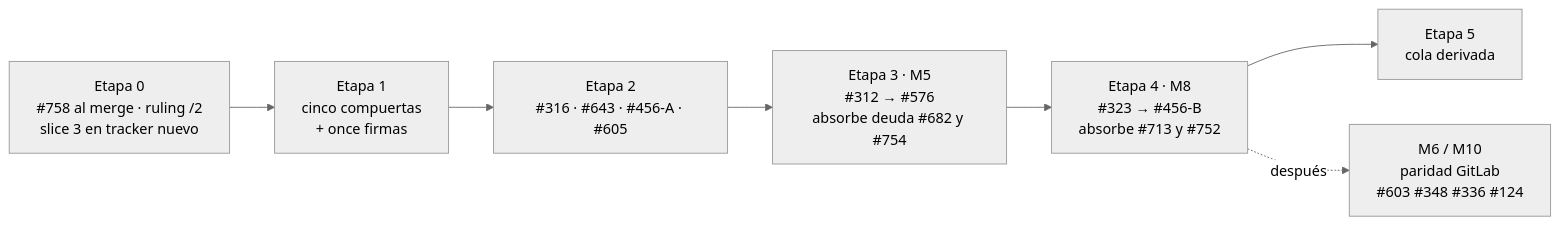
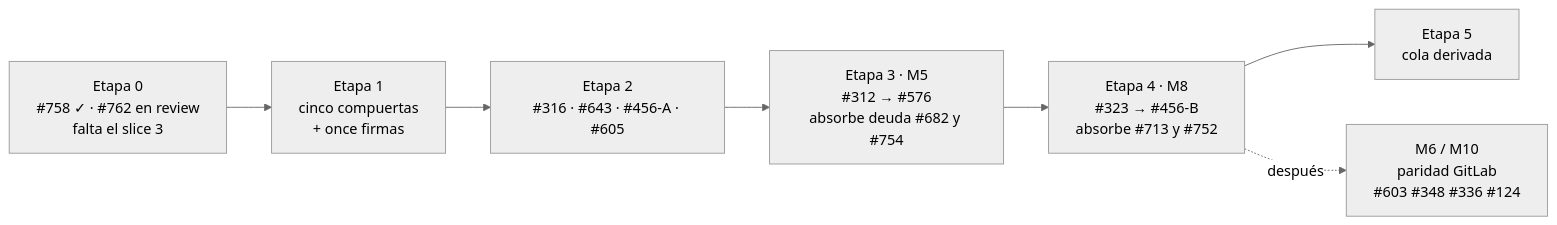
Before and after one commit to csrinaldi/brain: the diagram in docs/inbox/ROADMAP-M5-M8.md, drawn with Mermaid (neutral theme). The commit also changed other lines of this file, not shown here.

First line of the commit message:
docs(inbox): rev 3 — la Etapa 0 pasó de plan a historia (#755)

````diff
--- a/docs/inbox/ROADMAP-M5-M8.md
+++ b/docs/inbox/ROADMAP-M5-M8.md
@@ -204,9 +209,9 @@
 ```mermaid
 graph LR
-  E0["Etapa 0<br/>#758 al merge · ruling /2<br/>slice 3 en tracker nuevo"] --> E1["Etapa 1<br/>cinco compuertas<br/>+ once firmas"]
+  E0["Etapa 0<br/>#758 ✓ · #762 en review<br/>falta el slice 3"] --> E1["Etapa 1<br/>cinco compuertas<br/>+ once firmas"]
   E1 --> E2["Etapa 2<br/>#316 · #643 · #456-A · #605"]
   E2 --> M5["Etapa 3 · M5<br/>#312 → #576<br/>absorbe deuda #682 y #754"]
   M5 --> M8["Etapa 4 · M8<br/>#323 → #456-B<br/>absorbe #713 y #752"]
   M8 --> E5["Etapa 5<br/>cola derivada"]
   M8 -.después.-> P["M6 / M10<br/>paridad GitLab<br/>#603 #348 #336 #124"]
 ```
````
